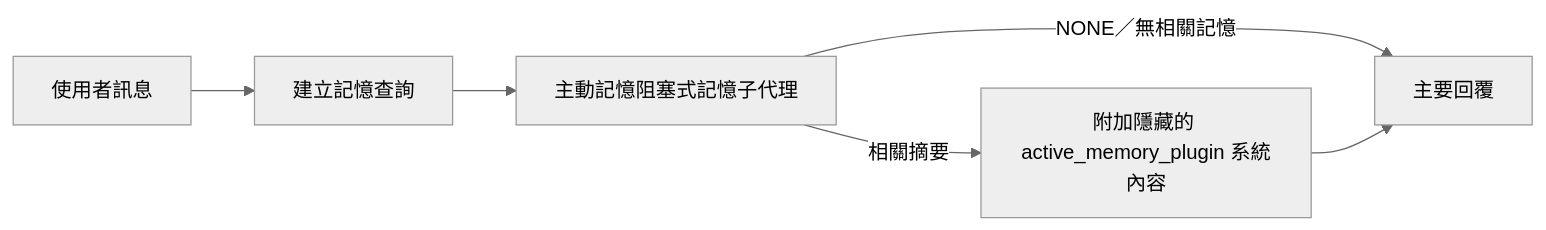
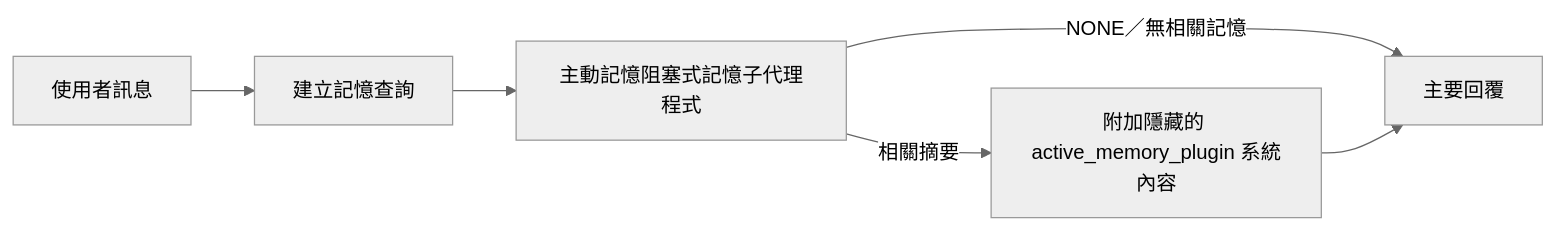
The diagram in docs/zh-TW/concepts/active-memory.md (openclaw/docs), drawn with Mermaid (neutral theme) before and after one commit. The commit also changed other lines of this file and 345 other files, not shown here.

````diff
--- a/docs/zh-TW/concepts/active-memory.md
+++ b/docs/zh-TW/concepts/active-memory.md
@@ -128,8 +129,8 @@
 ```mermaid
 flowchart LR
   U["使用者訊息"] --> Q["建立記憶查詢"]
-  Q --> R["主動記憶阻塞式記憶子代理"]
+  Q --> R["主動記憶阻塞式記憶子代理程式"]
   R -->|NONE／無相關記憶| M["主要回覆"]
   R -->|相關摘要| I["附加隱藏的 active_memory_plugin 系統內容"]
   I --> M["主要回覆"]
 ```
````
